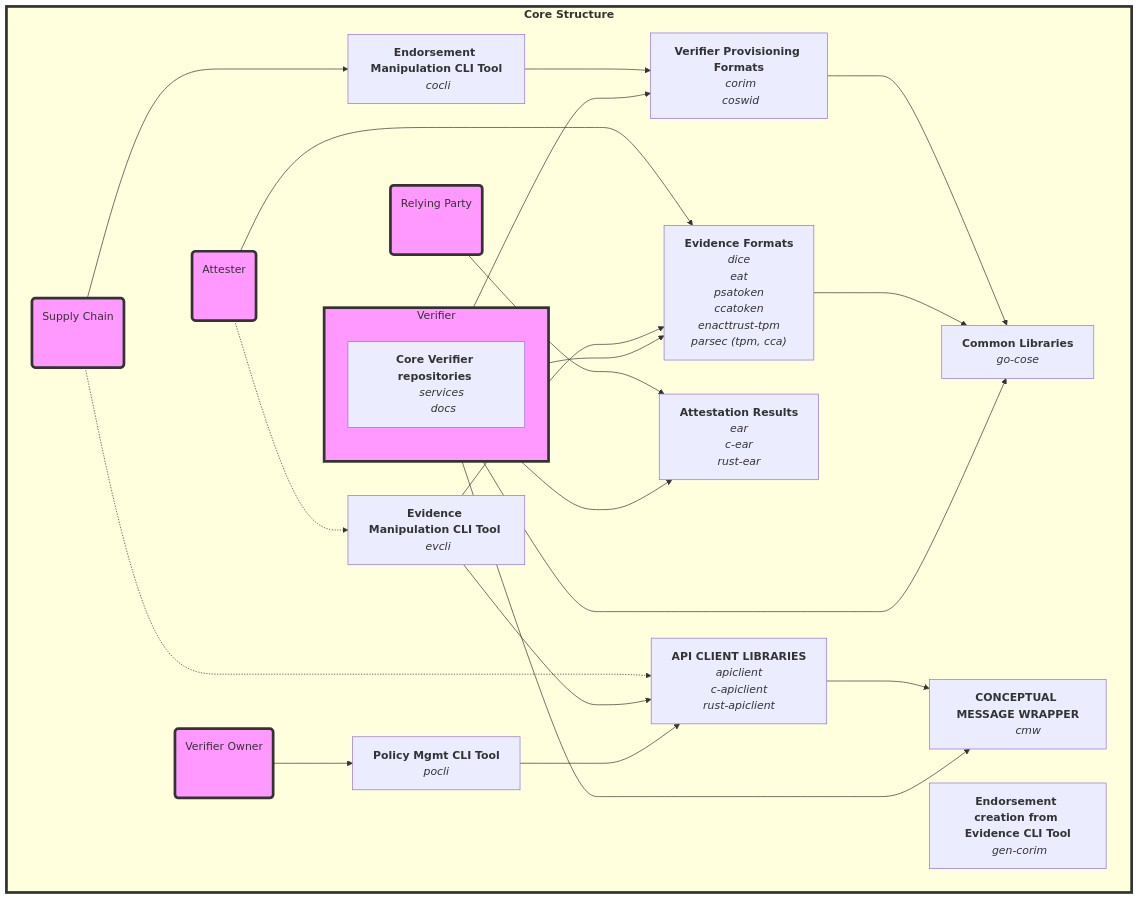
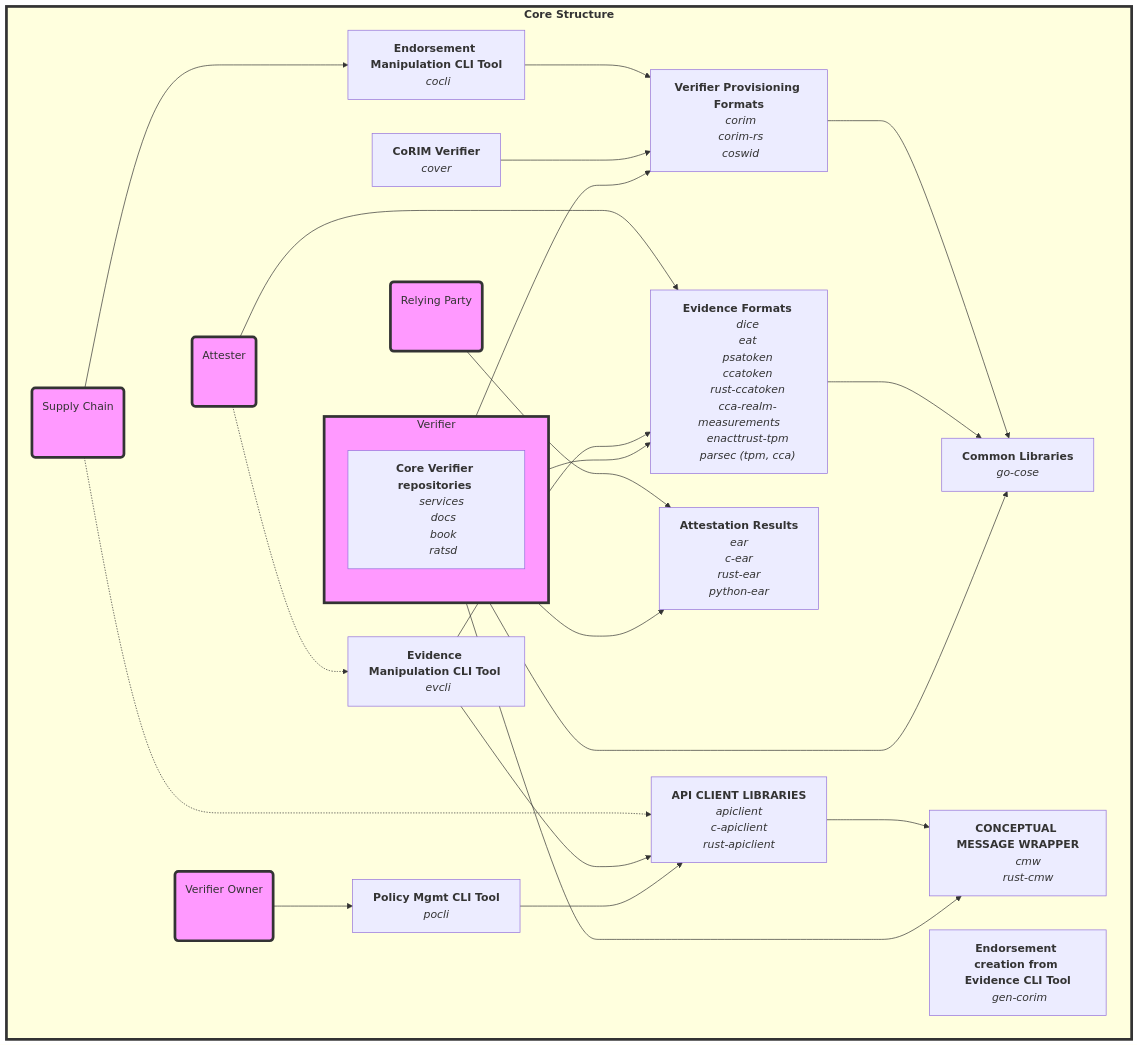
Before and after one commit to veraison/docs: the second of 3 diagrams in repo-guide.md, drawn with Mermaid. The commit also changed other lines of this file, not shown here.

```diff
--- a/repo-guide.md
+++ b/repo-guide.md
@@ -115,10 +141,15 @@
 GEN-CORIM["<b>Endorsement creation from Evidence CLI Tool</b>
  <i>gen-corim</i>"]
 
+COVER["<b>CoRIM Verifier</b>
+ <i>cover</i>"]
+
 VPF["<b>Verifier Provisioning Formats</b>
  <i>corim</i>
+ <i>corim-rs</i>
  <i>coswid</i>"]
 COCLI ---> VPF
+COVER ---> VPF
 
 CL["<b>Common Libraries</b> 
      <i>go-cose</i>"]
@@ -130,13 +161,17 @@
      <i>eat</i>
      <i>psatoken</i>
      <i>ccatoken</i>
+     <i>rust-ccatoken</i>
+     <i>cca-realm-measurements</i>
      <i>enacttrust-tpm</i>
      <i>parsec (tpm, cca)</i>"]
 EF ---> CL
 
 SD["<b>Core Verifier repositories</b> 
     <i>services</i> 
-    <i>docs</i>"]
+    <i>docs</i>
+    <i>book</i>
+    <i>ratsd</i>"]
 
 RP("Relying Party \n
                 \n")
@@ -145,7 +180,8 @@
 AR["<b>Attestation Results</b> 
     <i>ear</i> 
     <i>c-ear</i>
-    <i>rust-ear</i>"]
+    <i>rust-ear</i>
+    <i>python-ear</i>"]
 RP ---> AR
 
 subgraph Verifier["Verifier"]
@@ -173,7 +209,8 @@
 EVCLI ---> API
 
 CMW["<b>CONCEPTUAL MESSAGE WRAPPER</b>
-      <i>cmw</i>"]
+      <i>cmw</i>
+      <i>rust-cmw</i>"]
 
 ATT --->EF
 ATT -.-> EVCLI
```
